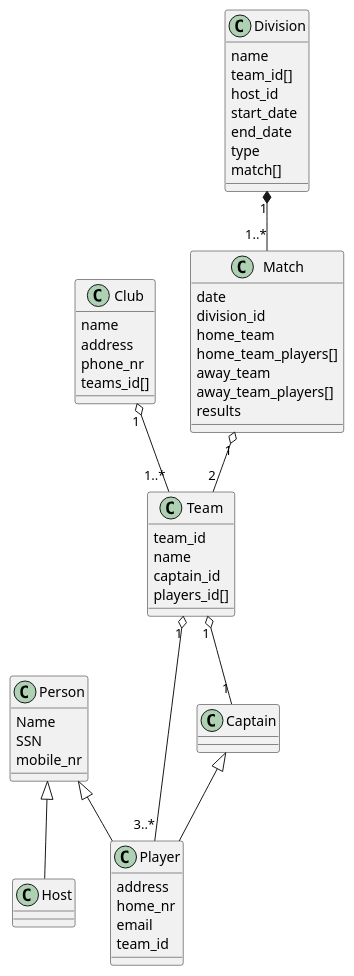
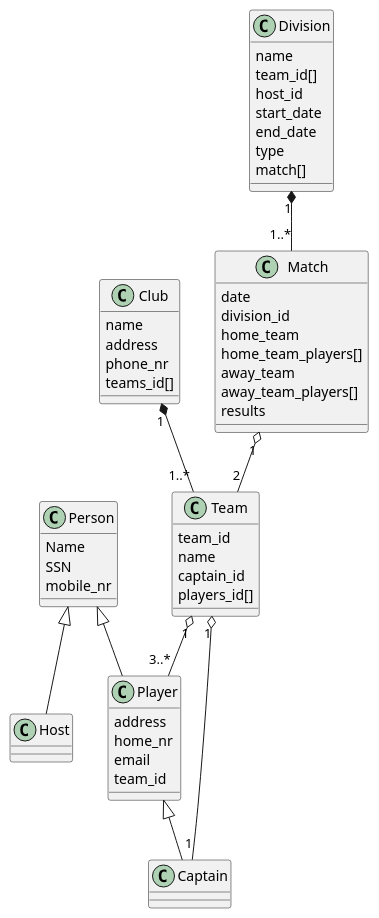
Before and after one commit to StankWizardLizard/VNL1-2022-HOPUR-28: the diagram in Honnun/ClassDiagram/model_classes.puml, drawn with PlantUML. The commit also changed 1 other file, not shown here.

Commit message:
cls diagram fuckery

```diff
--- a/Honnun/ClassDiagram/model_classes.puml
+++ b/Honnun/ClassDiagram/model_classes.puml
@@ -1,68 +1,58 @@
 @startuml lol
 
 Person <|-- Host
 Person <|-- Player
-Captain <|-- Player
+Player <|-- Captain
 Team "1" o-- "3..*" Player
 Team "1" o-- "1" Captain
-Club "1" o-- "1..*" Team 
+Club "1" *-- "1..*" Team 
 Match "1" o-- "2" Team 
 Division "1" *-- "1..*" Match  
-
 
 class Person {
     Name
     SSN
     mobile_nr
 }
-
 class Player {
     address
     home_nr
     email
     team_id
 }
-
 class Host {
-
 }
-
 class Captain {
 }
-
 class Club {
     name
     address
     phone_nr
     teams_id[]
 }
-
 class Team {
     team_id
     name
     captain_id
     players_id[]
 }
-
 class Division {
     name
     team_id[]
     host_id
     start_date
     end_date
     type
     match[]
 }
-
 class Match {
     date
     division_id
     home_team
     home_team_players[]
     away_team
     away_team_players[]
     results
 }
 
-
 @enduml
```
